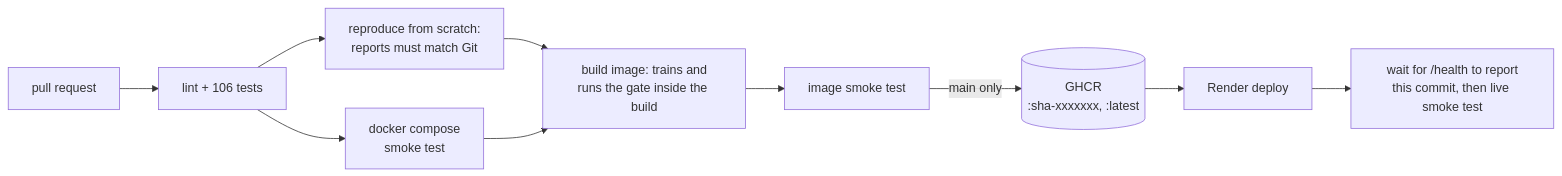
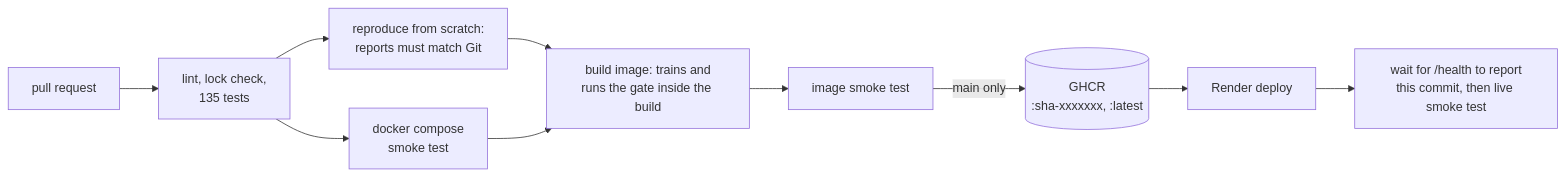
Before and after one commit to Hartyplaza/FraudShield-MLOps: the second of 3 diagrams in README.md, drawn with Mermaid. The commit also changed other lines of this file and 1 other file, not shown here.

Commit message:
M8 write-up: retraining loop, drills and findings; roadmap complete

````diff
--- a/README.md
+++ b/README.md
@@ -84,12 +86,12 @@
 ```mermaid
 flowchart LR
-    PR[pull request] --> LT[lint + 106 tests]
+    PR[pull request] --> LT[lint, lock check,<br/>135 tests]
     LT --> RP[reproduce from scratch:<br/>reports must match Git]
     LT --> DC[docker compose<br/>smoke test]
     RP --> IM[build image: trains and<br/>runs the gate inside the build]
     DC --> IM
     IM --> ST[image smoke test]
     ST -->|main only| GH[(GHCR<br/>:sha-xxxxxxx, :latest)]
     GH --> RD[Render deploy]
     RD --> LV[wait for /health to report<br/>this commit, then live smoke test]
 ```
````
